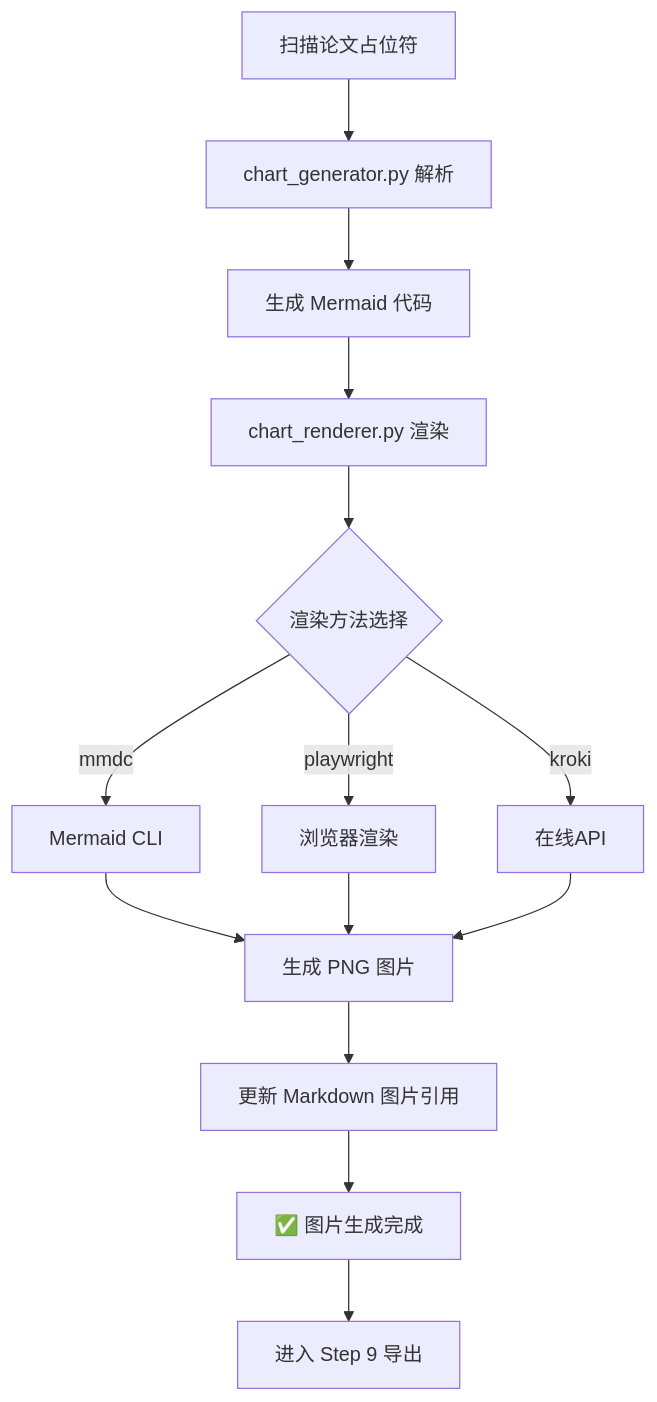
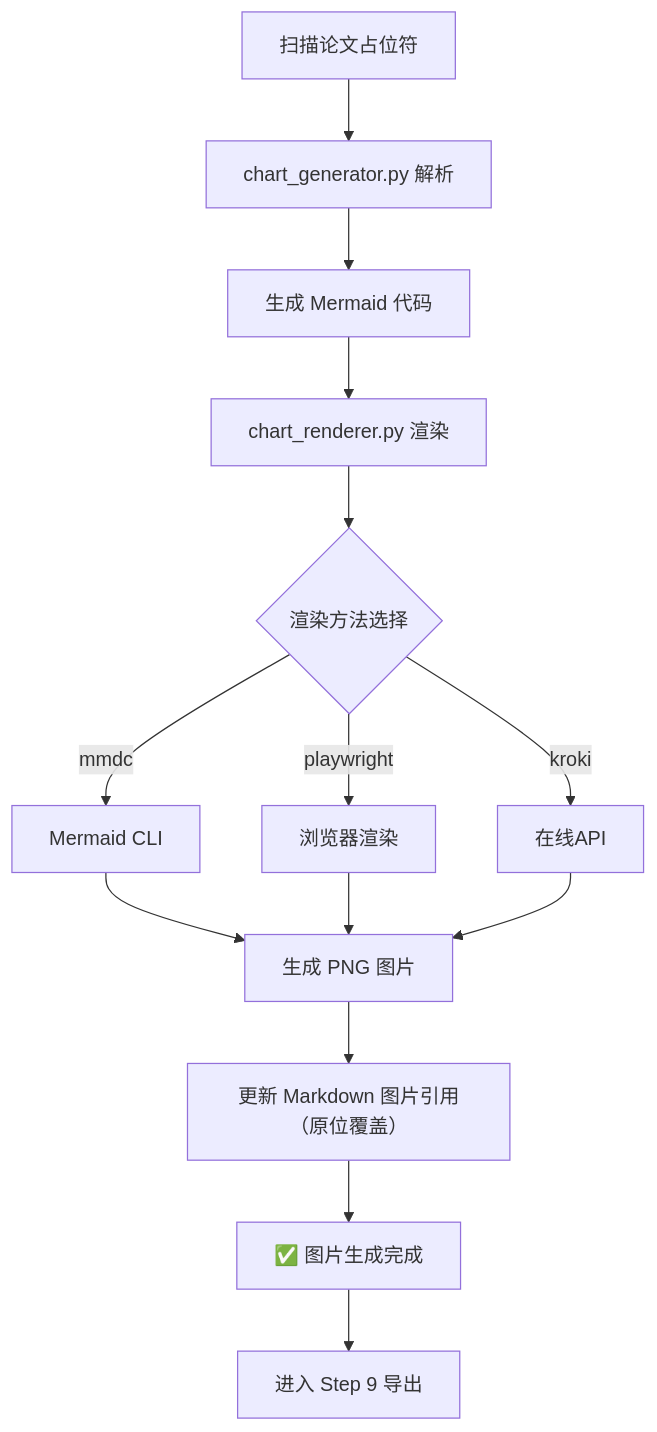
Before and after one commit to Stars-OC/thesis-creator: the diagram in workflows/step_8_image.md, drawn with Mermaid. The commit also changed other lines of this file and 11 other files, not shown here.

````diff
--- a/workflows/step_8_image.md
+++ b/workflows/step_8_image.md
@@ -9,16 +9,16 @@
 ```mermaid
 flowchart TD
     A[扫描论文占位符] --> B[chart_generator.py 解析]
     B --> C[生成 Mermaid 代码]
     C --> D[chart_renderer.py 渲染]
     D --> E{渲染方法选择}
     E -->|mmdc| F[Mermaid CLI]
     E -->|playwright| G[浏览器渲染]
     E -->|kroki| H[在线API]
     F --> I[生成 PNG 图片]
     G --> I
     H --> I
-    I --> J[更新 Markdown 图片引用]
+    I --> J[更新 Markdown 图片引用（原位覆盖）]
     J --> K[✅ 图片生成完成]
     K --> L[进入 Step 9 导出]
 ```
````
